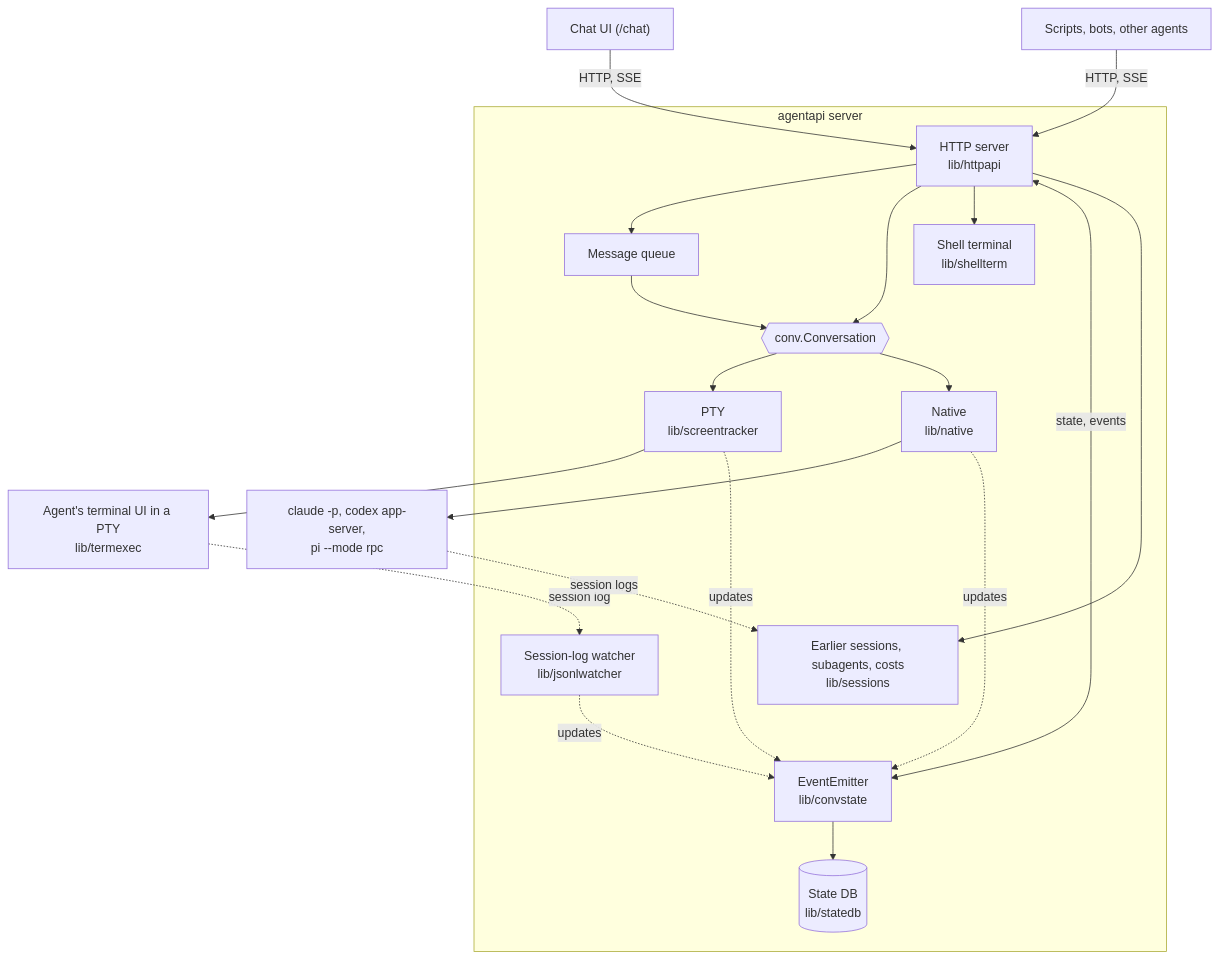
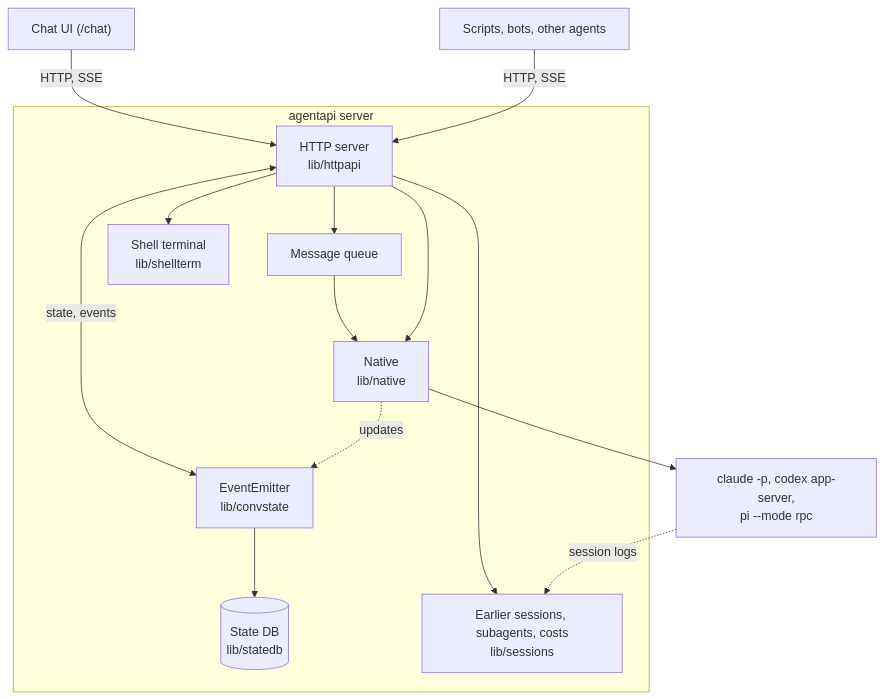
One commit to k1dav-c/agentapi changed the first of 2 diagrams in docs/architecture.md. Above: the diagram before and after it, drawn with Mermaid. The commit also changed other lines of this file and 10 other files, not shown here.

````diff
--- a/docs/architecture.md
+++ b/docs/architecture.md
@@ -32,34 +30,26 @@
 ```mermaid
 flowchart TB
   chat["Chat UI (/chat)"]
   tools["Scripts, bots, other agents"]
   subgraph server["agentapi server"]
     http["HTTP server<br/>lib/httpapi"]
     queue["Message queue"]
     emitter["EventEmitter<br/>lib/convstate"]
     db[("State DB<br/>lib/statedb")]
     shell["Shell terminal<br/>lib/shellterm"]
-    conv{{"conv.Conversation"}}
-    pty["PTY<br/>lib/screentracker"]
     native["Native<br/>lib/native"]
-    jsonl["Session-log watcher<br/>lib/jsonlwatcher"]
     sessions["Earlier sessions, subagents, costs<br/>lib/sessions"]
   end
-  tui["Agent's terminal UI in a PTY<br/>lib/termexec"]
   proto["claude -p, codex app-server,<br/>pi --mode rpc"]
   chat -- "HTTP, SSE" --> http
   tools -- "HTTP, SSE" --> http
-  http --> queue --> conv
-  http --> conv
+  http --> queue --> native
+  http --> native
   http --> shell
   http <-- "state, events" --> emitter
   emitter --> db
-  conv --> pty --> tui
-  conv --> native --> proto
-  tui -. "session log" .-> jsonl
-  pty -. "updates" .-> emitter
+  native --> proto
   native -. "updates" .-> emitter
-  jsonl -. "updates" .-> emitter
   http --> sessions
   proto -. "session logs" .-> sessions
 ```
````
